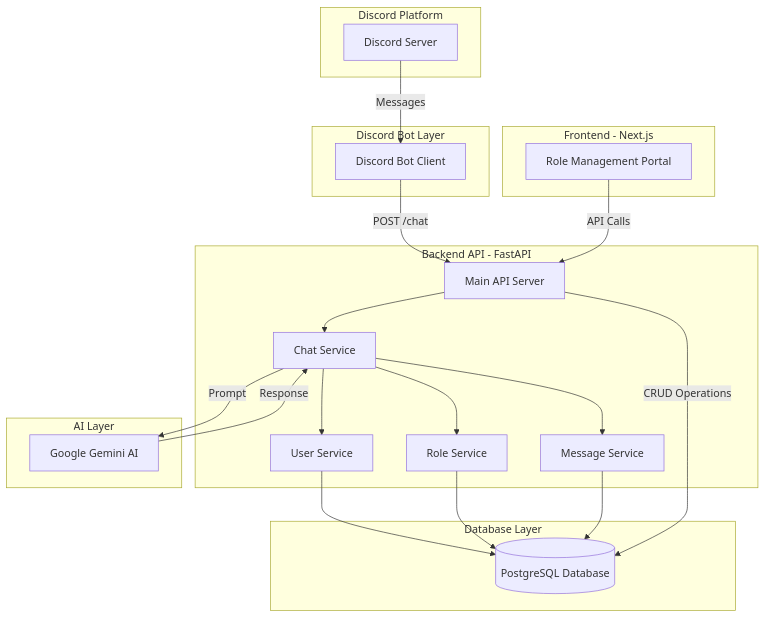
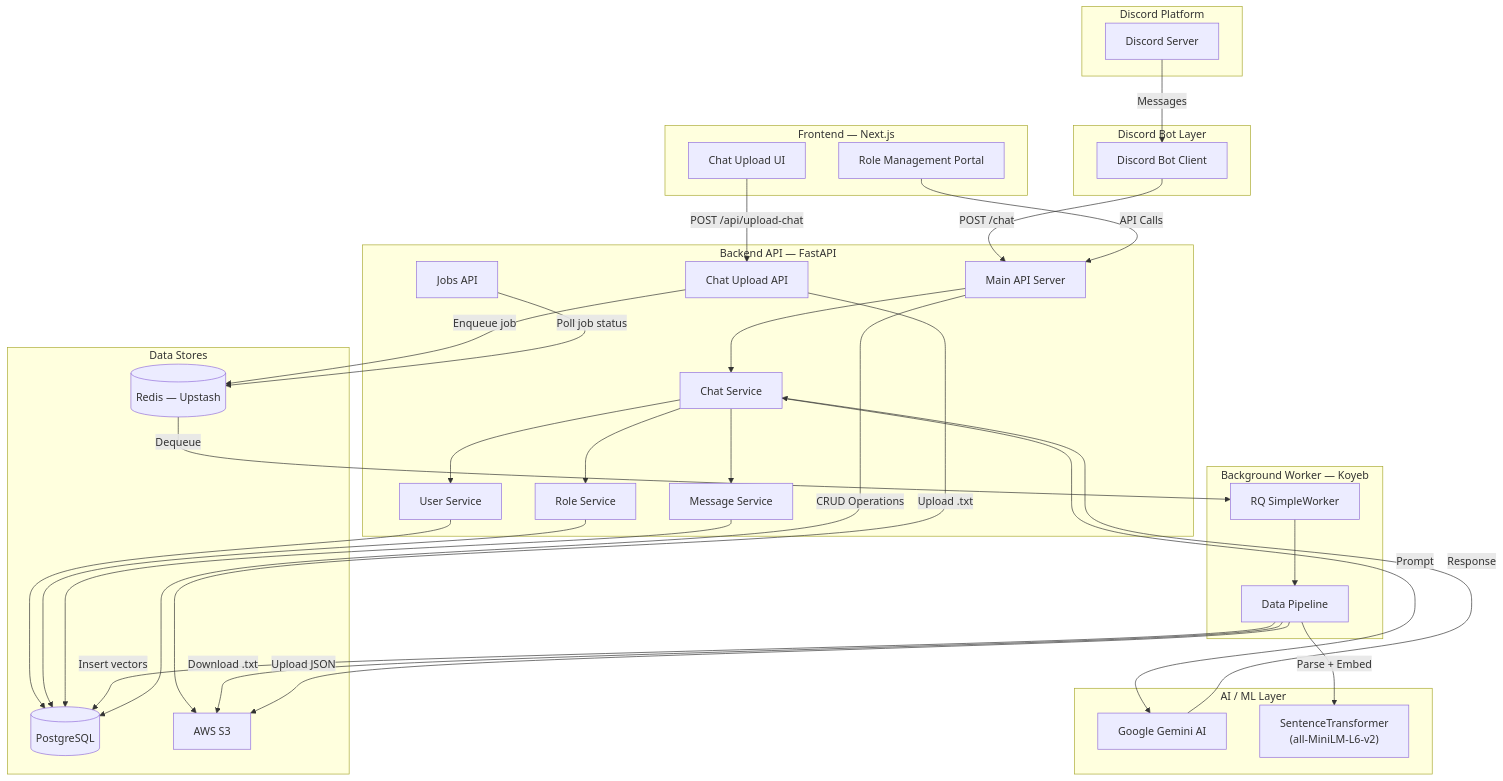
The first of 4 diagrams in README.md (p2ratik/Discord-Bot), drawn with Mermaid before and after one commit. The commit also changed other lines of this file and 19 other files, not shown here.

````diff
--- a/README.md
+++ b/README.md
@@ -40,44 +34,67 @@
 ```mermaid
 graph TB
     subgraph "Discord Platform"
         A[Discord Server]
     end
     
     subgraph "Discord Bot Layer"
         B[Discord Bot Client]
     end
     
-    subgraph "Backend API - FastAPI"
+    subgraph "Backend API — FastAPI"
         C[Main API Server]
         D[Chat Service]
         E[User Service]
         F[Role Service]
         G[Message Service]
+        H[Chat Upload API]
+        I[Jobs API]
+    end
+
+    subgraph "Background Worker — Koyeb"
+        J["RQ SimpleWorker"]
+        K[Data Pipeline]
+    end
+
+    subgraph "AI / ML Layer"
+        L[Google Gemini AI]
+        M["SentenceTransformer<br/>(all-MiniLM-L6-v2)"]
+    end
+
+    subgraph "Data Stores"
+        N[(PostgreSQL)]
+        O[(Redis — Upstash)]
+        P[AWS S3]
     end
     
-    subgraph "AI Layer"
-        H[Google Gemini AI]
-    end
-    
-    subgraph "Database Layer"
-        I[(PostgreSQL Database)]
-    end
-    
-    subgraph "Frontend - Next.js"
-        J[Role Management Portal]
+    subgraph "Frontend — Next.js"
+        Q[Role Management Portal]
+        R[Chat Upload UI]
     end
     
     A -->|Messages| B
     B -->|POST /chat| C
     C --> D
     D --> E
     D --> F
     D --> G
-    D -->|Prompt| H
-    H -->|Response| D
-    E --> I
-    F --> I
-    G --> I
-    J -->|API Calls| C
-    C -->|CRUD Operations| I
+    D -->|Prompt| L
+    L -->|Response| D
+    E --> N
+    F --> N
+    G --> N
+
+    R -->|POST /api/upload-chat| H
+    H -->|Upload .txt| P
+    H -->|Enqueue job| O
+    O -->|Dequeue| J
+    J --> K
+    K -->|Download .txt| P
+    K -->|Parse + Embed| M
+    K -->|Insert vectors| N
+    K -->|Upload JSON| P
+
+    I -->|Poll job status| O
+    Q -->|API Calls| C
+    C -->|CRUD Operations| N
 ```
````
